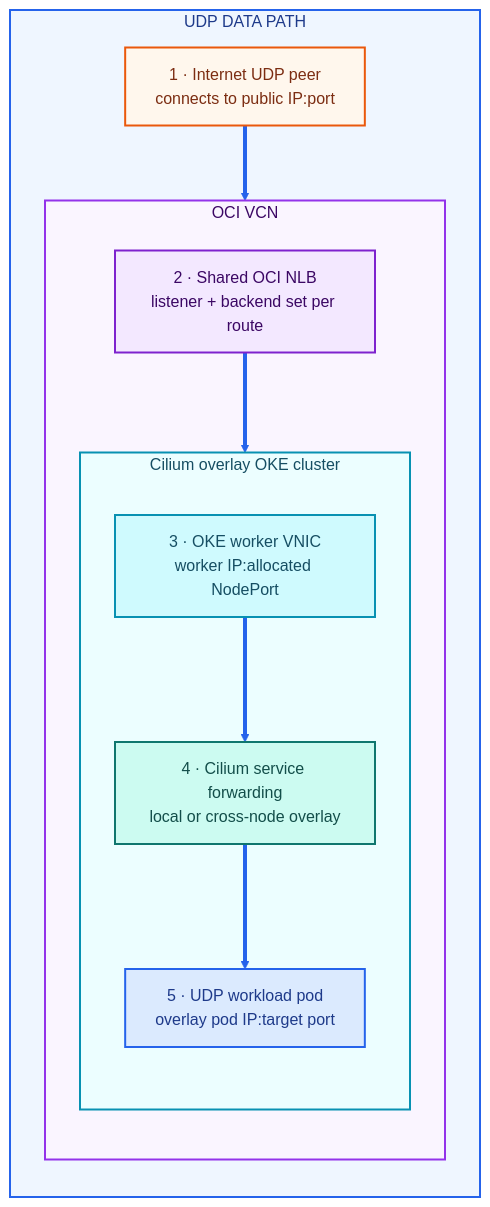
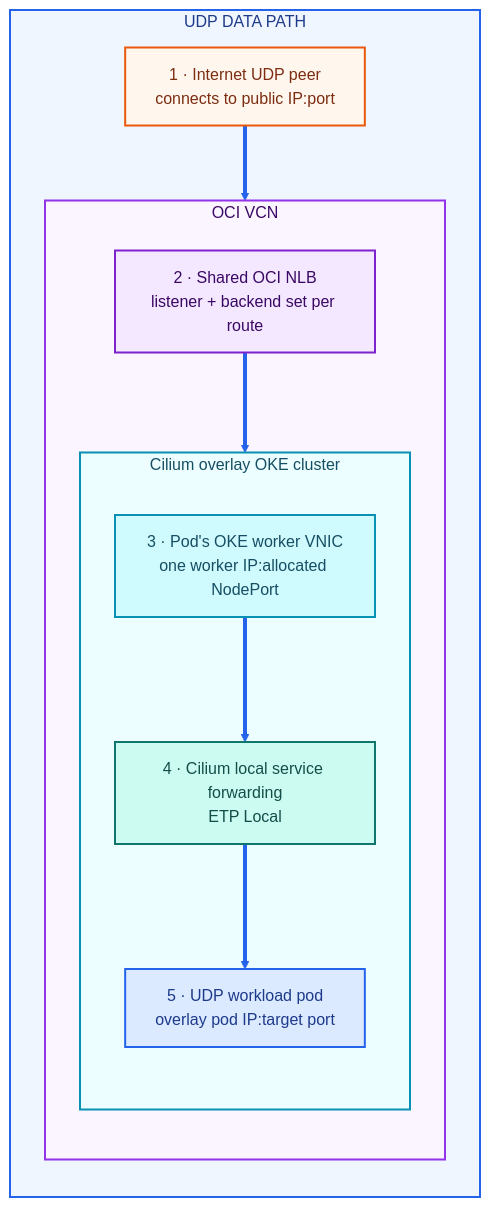
One commit to RyanHelferich/oci-shared-nlb-gateway-controller changed the second of 3 diagrams in README.md. Above: the diagram before and after it, drawn with Mermaid. The commit also changed other lines of this file and 39 other files, not shown here.

Commit message:
Add NodePortLocal mode and Helm pilot

````diff
--- a/README.md
+++ b/README.md
@@ -72,34 +73,34 @@
 ```mermaid
 flowchart TB
   subgraph dataplane["UDP DATA PATH"]
     direction TB
     peer["1 · Internet UDP peer<br/>connects to public IP:port"]:::external
 
     subgraph vcn["OCI VCN"]
       direction TB
       nlb["2 · Shared OCI NLB<br/>listener + backend set per route"]:::oci
 
       subgraph oke["Cilium overlay OKE cluster"]
         direction TB
-        worker["3 · OKE worker VNIC<br/>worker IP:allocated NodePort"]:::worker
-        cilium["4 · Cilium service forwarding<br/>local or cross-node overlay"]:::network
+        worker["3 · Pod's OKE worker VNIC<br/>one worker IP:allocated NodePort"]:::worker
+        cilium["4 · Cilium local service forwarding<br/>ETP Local"]:::network
         pod["5 · UDP workload pod<br/>overlay pod IP:target port"]:::workload
       end
     end
 
     peer ==> nlb
     nlb ==> worker
     worker ==> cilium
     cilium ==> pod
   end
 
   classDef external fill:#fff7ed,stroke:#ea580c,color:#7c2d12,stroke-width:2px;
   classDef oci fill:#f3e8ff,stroke:#7e22ce,color:#3b0764,stroke-width:2px;
   classDef worker fill:#cffafe,stroke:#0891b2,color:#164e63,stroke-width:2px;
   classDef network fill:#ccfbf1,stroke:#0f766e,color:#134e4a,stroke-width:2px;
   classDef workload fill:#dbeafe,stroke:#2563eb,color:#1e3a8a,stroke-width:2px;
   style dataplane fill:#eff6ff,stroke:#2563eb,stroke-width:2px,color:#1e3a8a
   style vcn fill:#faf5ff,stroke:#9333ea,stroke-width:2px,color:#3b0764
   style oke fill:#ecfeff,stroke:#0891b2,stroke-width:2px,color:#164e63
   linkStyle 0,1,2,3 stroke:#2563eb,stroke-width:4px;
 ```
````
